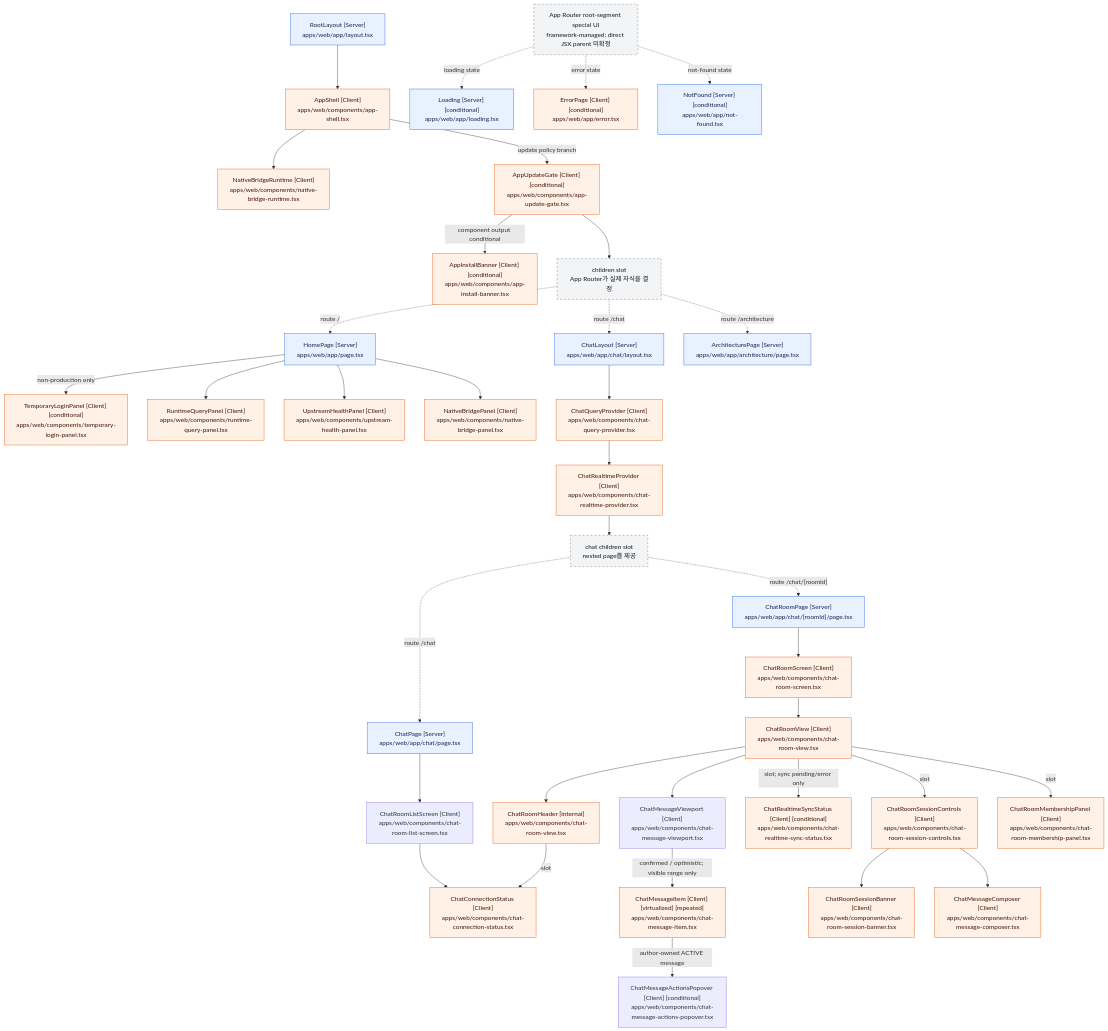
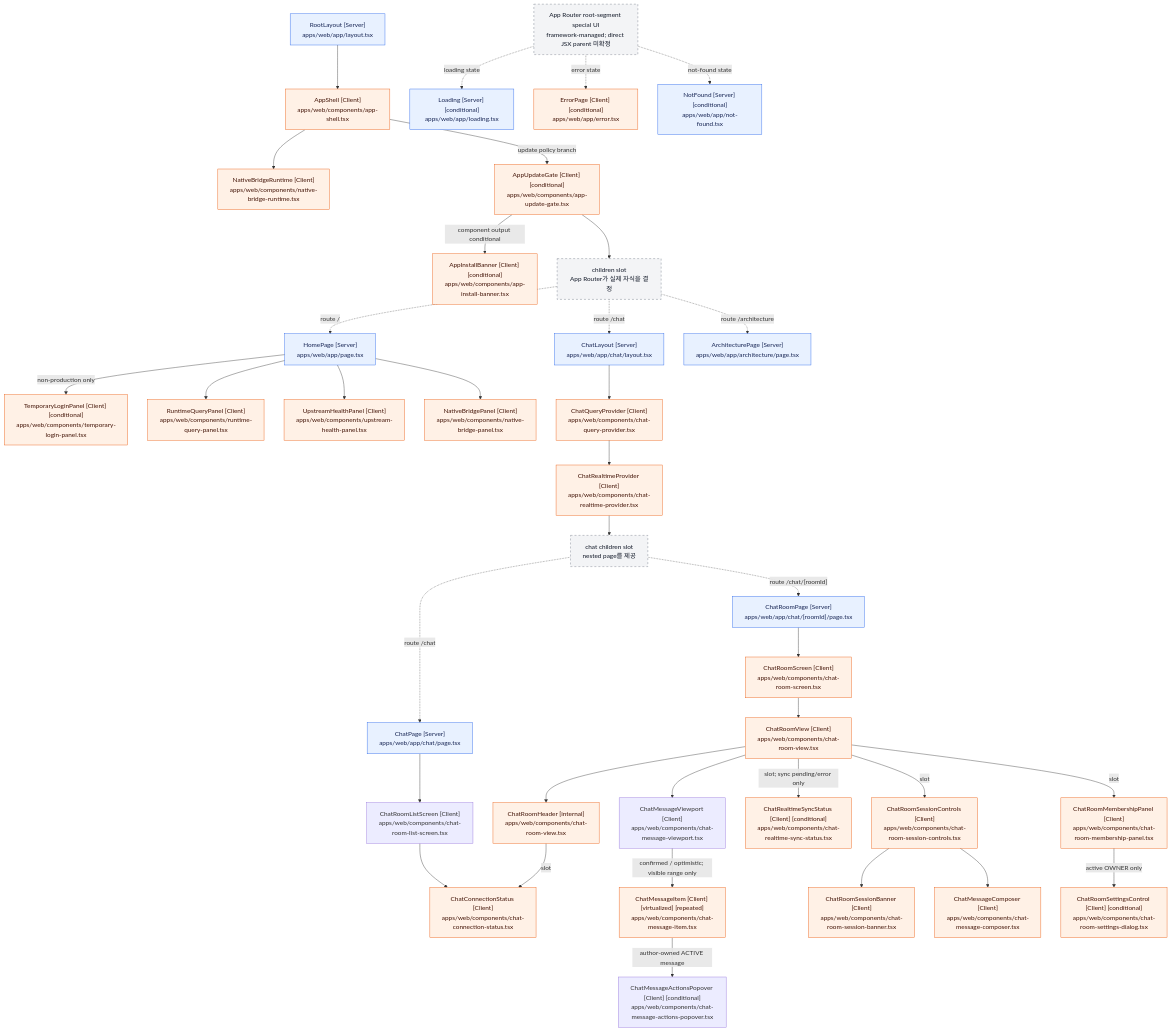
Before and after one commit to mokpombc17-coder/CIVIC-AI: the diagram in docs/architecture/react-component-tree.md, drawn with Mermaid. The commit also changed other lines of this file and 3 other files, not shown here.

Commit message:
feat(chat): add owner room settings dialog

````diff
--- a/docs/architecture/react-component-tree.md
+++ b/docs/architecture/react-component-tree.md
@@ -155,6 +159,7 @@
     ChatMessageItem["ChatMessageItem [Client] [virtualized] [repeated]<br/>apps/web/components/chat-message-item.tsx"]
     ChatMessageActionsPopover["ChatMessageActionsPopover [Client] [conditional]<br/>apps/web/components/chat-message-actions-popover.tsx"]
     ChatRoomMembershipPanel["ChatRoomMembershipPanel [Client]<br/>apps/web/components/chat-room-membership-panel.tsx"]
+    ChatRoomSettingsControl["ChatRoomSettingsControl [Client] [conditional]<br/>apps/web/components/chat-room-settings-dialog.tsx"]
     ChatConnectionStatus["ChatConnectionStatus [Client]<br/>apps/web/components/chat-connection-status.tsx"]
     ChatRealtimeSyncStatus["ChatRealtimeSyncStatus [Client] [conditional]<br/>apps/web/components/chat-realtime-sync-status.tsx"]
     ChatRoomSessionControls["ChatRoomSessionControls [Client]<br/>apps/web/components/chat-room-session-controls.tsx"]
@@ -200,6 +205,7 @@
     ChatRoomSessionControls --> ChatRoomSessionBanner
     ChatRoomSessionControls --> ChatMessageComposer
     ChatRoomView -->|"slot"| ChatRoomMembershipPanel
+    ChatRoomMembershipPanel -->|"active OWNER only"| ChatRoomSettingsControl
 
     ChildrenSlot -. "route /architecture" .-> ArchitecturePage
 
@@ -212,6 +218,6 @@
     classDef framework fill:#f3f4f6,stroke:#6b7280,color:#111827,stroke-dasharray:5 5;
 
     class RootLayout,HomePage,ChatLayout,ChatPage,ChatRoomPage,ArchitecturePage,Loading,NotFound server;
-    class AppShell,NativeBridgeRuntime,AppUpdateGate,AppInstallBanner,TemporaryLoginPanel,RuntimeQueryPanel,UpstreamHealthPanel,NativeBridgePanel,ChatQueryProvider,ChatRealtimeProvider,ChatRoomScreen,ChatRoomView,ChatRoomHeader,ChatMessageHistory,ChatMessageList,ChatMessageItem,ChatConnectionStatus,ChatRealtimeSyncStatus,ChatRoomSessionControls,ChatRoomSessionBanner,ChatMessageComposer,ChatRoomMembershipPanel,ErrorPage client;
+    class AppShell,NativeBridgeRuntime,AppUpdateGate,AppInstallBanner,TemporaryLoginPanel,RuntimeQueryPanel,UpstreamHealthPanel,NativeBridgePanel,ChatQueryProvider,ChatRealtimeProvider,ChatRoomScreen,ChatRoomView,ChatRoomHeader,ChatMessageHistory,ChatMessageList,ChatMessageItem,ChatConnectionStatus,ChatRealtimeSyncStatus,ChatRoomSessionControls,ChatRoomSessionBanner,ChatMessageComposer,ChatRoomMembershipPanel,ChatRoomSettingsControl,ErrorPage client;
     class ChildrenSlot,ChatChildrenSlot,SpecialBoundary framework;
 ```
````
